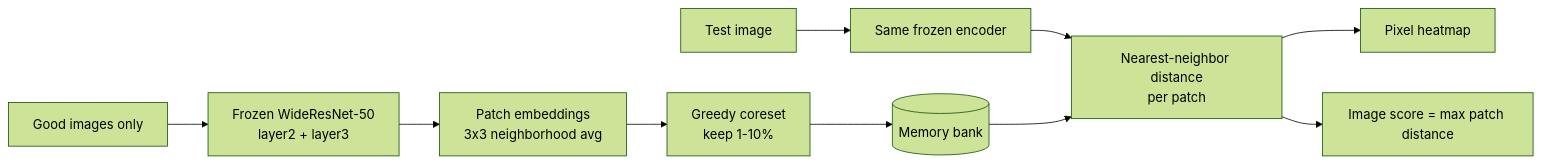
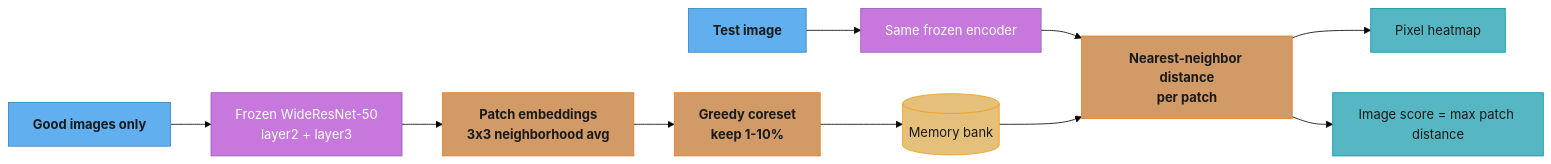
The first of 7 diagrams in src/main/java/com/rutik/systemdesign/ml/anomaly_detection/anomaly_detection.md (rppol/system-design), drawn with Mermaid (forest theme) before and after one commit. The commit also changed 38 other files, not shown here.

````diff
--- a/src/main/java/com/rutik/systemdesign/ml/anomaly_detection/anomaly_detection.md
+++ b/src/main/java/com/rutik/systemdesign/ml/anomaly_detection/anomaly_detection.md
@@ -207,12 +207,26 @@
 ```mermaid
 flowchart LR
+    classDef io      fill:#61afef,stroke:#2e86c1,color:#1a1a1a,font-weight:bold
+    classDef frozen  fill:#c678dd,stroke:#9b59b6,color:#fff
+    classDef train   fill:#98c379,stroke:#27ae60,color:#1a1a1a
+    classDef mathOp  fill:#d19a66,stroke:#e67e22,color:#1a1a1a,font-weight:bold
+    classDef lossN   fill:#e06c75,stroke:#c0392b,color:#fff,font-weight:bold
+    classDef req     fill:#56b6c2,stroke:#0097a7,color:#1a1a1a
+    classDef base    fill:#e5c07b,stroke:#f39c12,color:#1a1a1a
+
     G[Good images only] --> E[Frozen WideResNet-50<br/>layer2 + layer3]
     E --> P[Patch embeddings<br/>3x3 neighborhood avg]
     P --> C[Greedy coreset<br/>keep 1-10%]
     C --> M[(Memory bank)]
     T[Test image] --> E2[Same frozen encoder]
     E2 --> N[Nearest-neighbor distance<br/>per patch]
     M --> N
     N --> H[Pixel heatmap]
     N --> S[Image score = max patch distance]
+
+    class G,T io
+    class E,E2 frozen
+    class P,C,N mathOp
+    class M base
+    class H,S req
 ```
````
